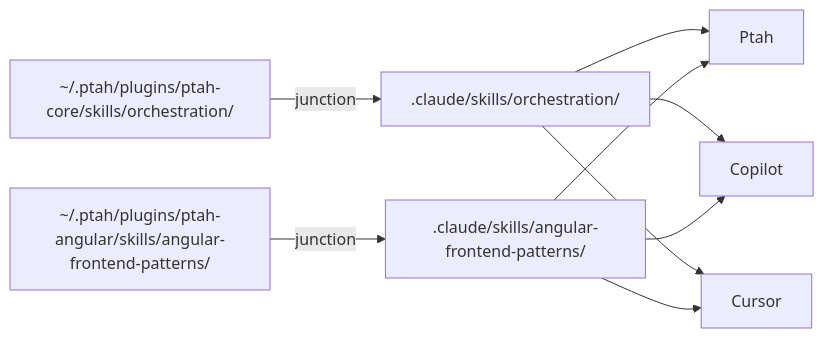
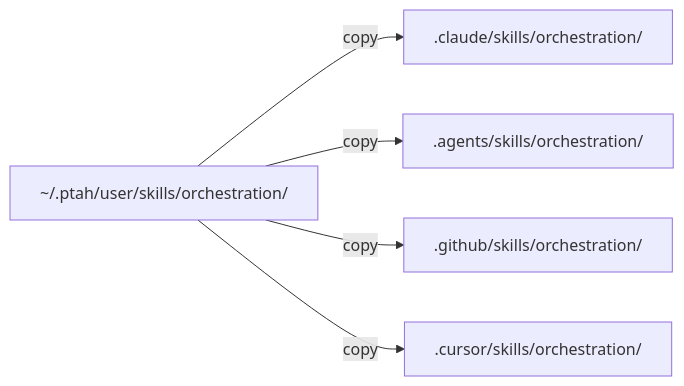
One commit to Hive-Academy/ptah-extension changed the diagram in apps/ptah-docs/src/content/docs/mcp-and-skills/skills.md. Above: the diagram before and after it, drawn with Mermaid. The commit also changed other lines of this file and 26 other files, not shown here.

````diff
--- a/apps/ptah-docs/src/content/docs/mcp-and-skills/skills.md
+++ b/apps/ptah-docs/src/content/docs/mcp-and-skills/skills.md
@@ -53,11 +62,7 @@
 ```mermaid
 flowchart LR
-    A["~/.ptah/plugins/ptah-core/skills/orchestration/"] -- junction --> B[".claude/skills/orchestration/"]
-    C["~/.ptah/plugins/ptah-angular/skills/angular-frontend-patterns/"] -- junction --> D[".claude/skills/angular-frontend-patterns/"]
-    B --> E["Ptah"]
-    B --> F["Copilot"]
-    B --> G["Cursor"]
-    D --> E
-    D --> F
-    D --> G
+    A["~/.ptah/user/skills/orchestration/"] -- copy --> B[".claude/skills/orchestration/"]
+    A -- copy --> C[".agents/skills/orchestration/"]
+    A -- copy --> D[".github/skills/orchestration/"]
+    A -- copy --> E[".cursor/skills/orchestration/"]
 ```
````
